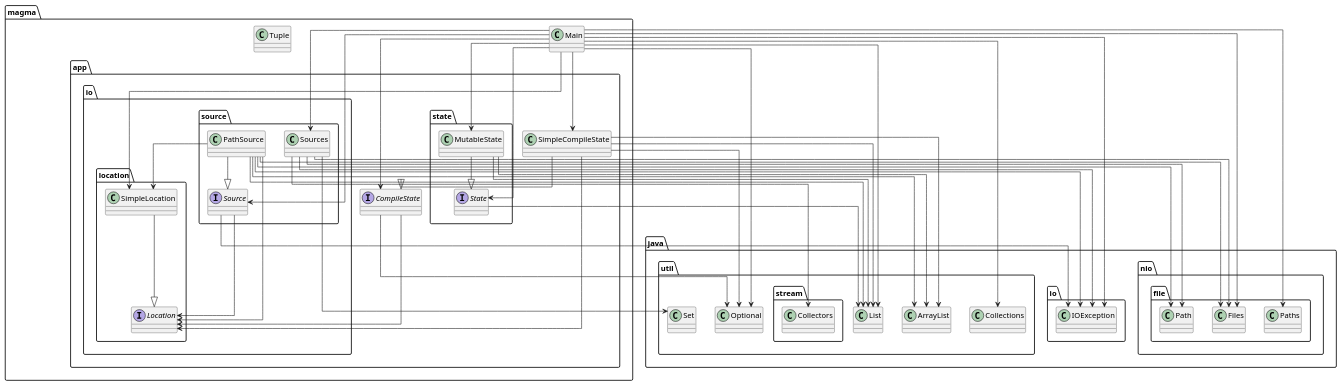
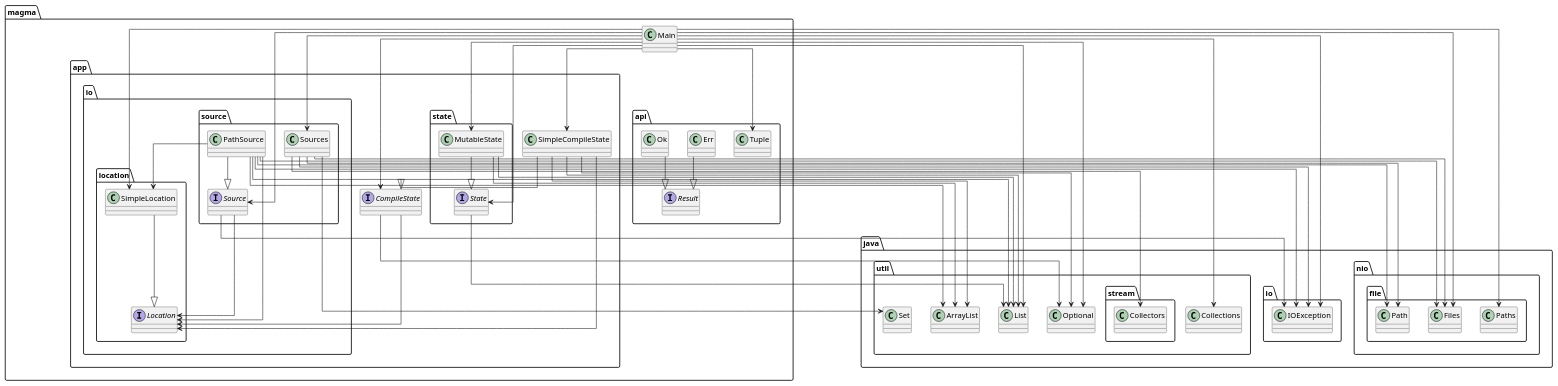
One commit to SirMathhman/Magma changed the diagram in diagram.puml. Above: the diagram before and after it, drawn with PlantUML. The commit also changed 5 other files, not shown here.

```diff
--- a/diagram.puml
+++ b/diagram.puml
@@ -1,54 +1,60 @@
 @startuml
 skinparam linetype ortho
 interface magma.app.io.location.Location
+class magma.app.io.location.SimpleLocation
+magma.app.io.location.SimpleLocation --|> magma.app.io.location.Location
+magma.app.state.MutableState --> java.util.ArrayList
+magma.app.state.MutableState --> java.util.List
+class magma.app.state.MutableState
+magma.app.state.MutableState --|> magma.app.state.State
+class magma.api.Tuple
+magma.app.io.source.PathSource --> magma.app.io.location.Location
+magma.app.io.source.PathSource --> magma.app.io.location.SimpleLocation
+magma.app.io.source.PathSource --> java.io.IOException
+magma.app.io.source.PathSource --> java.nio.file.Files
+magma.app.io.source.PathSource --> java.nio.file.Path
+magma.app.io.source.PathSource --> java.util.ArrayList
+magma.app.io.source.PathSource --> java.util.List
+class magma.app.io.source.PathSource
+magma.app.io.source.PathSource --|> magma.app.io.source.Source
+magma.app.io.source.Sources --> java.io.IOException
+magma.app.io.source.Sources --> java.nio.file.Files
+magma.app.io.source.Sources --> java.nio.file.Path
+magma.app.io.source.Sources --> java.util.Set
+magma.app.io.source.Sources --> java.util.stream.Collectors
+class magma.app.io.source.Sources
 magma.app.SimpleCompileState --> magma.app.io.location.Location
 magma.app.SimpleCompileState --> java.util.ArrayList
 magma.app.SimpleCompileState --> java.util.List
 magma.app.SimpleCompileState --> java.util.Optional
 class magma.app.SimpleCompileState
 magma.app.SimpleCompileState --|> magma.app.CompileState
 magma.app.CompileState --> magma.app.io.location.Location
 magma.app.CompileState --> java.util.Optional
 interface magma.app.CompileState
-class magma.app.io.location.SimpleLocation
-magma.app.io.location.SimpleLocation --|> magma.app.io.location.Location
-magma.app.state.MutableState --> java.util.ArrayList
-magma.app.state.MutableState --> java.util.List
-class magma.app.state.MutableState
-magma.app.state.MutableState --|> magma.app.state.State
+magma.Main --> magma.api.Tuple
 magma.Main --> magma.app.CompileState
 magma.Main --> magma.app.SimpleCompileState
 magma.Main --> magma.app.io.location.SimpleLocation
 magma.Main --> magma.app.io.source.Source
 magma.Main --> magma.app.io.source.Sources
 magma.Main --> magma.app.state.MutableState
 magma.Main --> magma.app.state.State
 magma.Main --> java.io.IOException
 magma.Main --> java.nio.file.Files
 magma.Main --> java.nio.file.Paths
 magma.Main --> java.util.Collections
 magma.Main --> java.util.List
 magma.Main --> java.util.Optional
 class magma.Main
 magma.app.io.source.Source --> magma.app.io.location.Location
 magma.app.io.source.Source --> java.io.IOException
 interface magma.app.io.source.Source
-class magma.Tuple
-magma.app.io.source.PathSource --> magma.app.io.location.Location
-magma.app.io.source.PathSource --> magma.app.io.location.SimpleLocation
-magma.app.io.source.PathSource --> java.io.IOException
-magma.app.io.source.PathSource --> java.nio.file.Files
-magma.app.io.source.PathSource --> java.nio.file.Path
-magma.app.io.source.PathSource --> java.util.ArrayList
-magma.app.io.source.PathSource --> java.util.List
-class magma.app.io.source.PathSource
-magma.app.io.source.PathSource --|> magma.app.io.source.Source
-magma.app.io.source.Sources --> java.io.IOException
-magma.app.io.source.Sources --> java.nio.file.Files
-magma.app.io.source.Sources --> java.nio.file.Path
-magma.app.io.source.Sources --> java.util.Set
-magma.app.io.source.Sources --> java.util.stream.Collectors
-class magma.app.io.source.Sources
+class magma.api.Ok
+magma.api.Ok --|> magma.api.Result
+interface magma.api.Result
 magma.app.state.State --> java.util.List
 interface magma.app.state.State
+class magma.api.Err
+magma.api.Err --|> magma.api.Result
 @enduml
```
